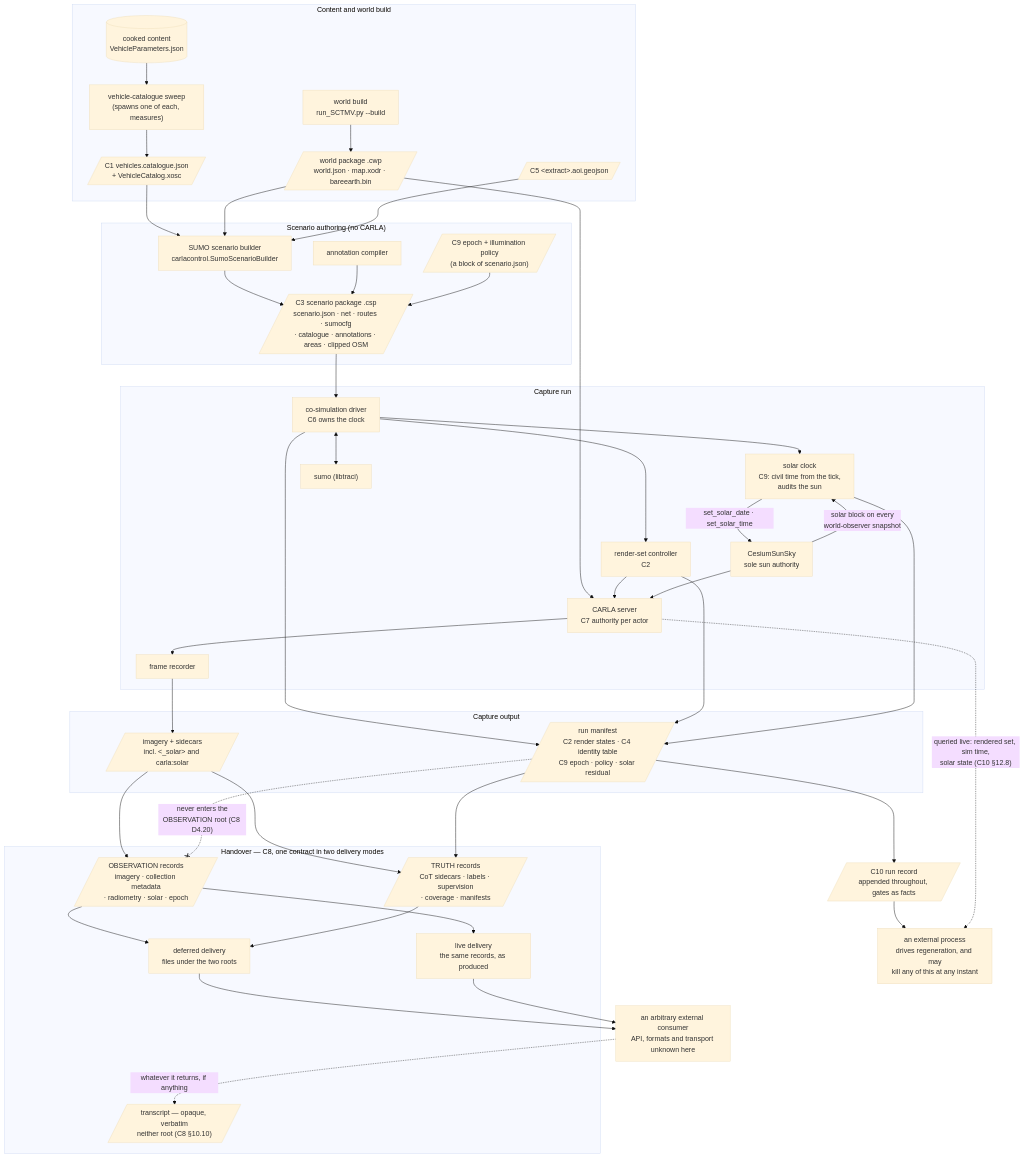
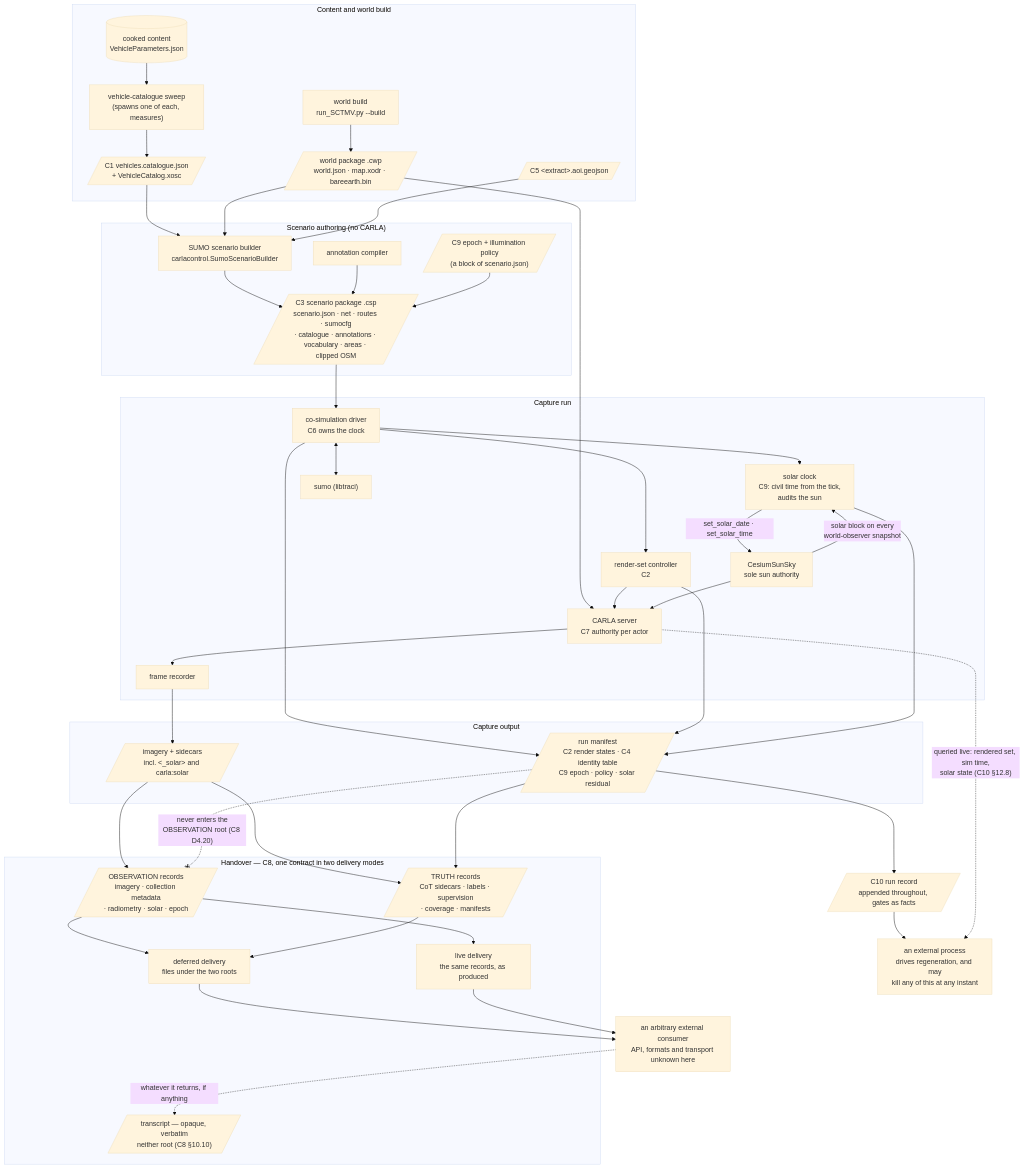
One commit to sbrett9/carla changed the first of 7 diagrams in Docs/CAT_Research/Plans/SUMO_Behavioral_Capture/04_Contracts.md. Above: the diagram before and after it, drawn with Mermaid (base theme). The commit also changed other lines of this file and 3 other files, not shown here.

````diff
--- a/Docs/CAT_Research/Plans/SUMO_Behavioral_Capture/04_Contracts.md
+++ b/Docs/CAT_Research/Plans/SUMO_Behavioral_Capture/04_Contracts.md
@@ -141,80 +142,80 @@
 ```mermaid
 flowchart TB
   subgraph build["Content and world build"]
     CONTENT[("cooked content<br/>VehicleParameters.json")]
     SWEEP["vehicle-catalogue sweep<br/>(spawns one of each, measures)"]
     CAT[/"C1 vehicles.catalogue.json<br/>+ VehicleCatalog.xosc"/]
     WORLDGEN["world build<br/>run_SCTMV.py --build"]
     CWP[/"world package .cwp<br/>world.json · map.xodr · bareearth.bin"/]
     AOI[/"C5 &lt;extract&gt;.aoi.geojson"/]
   end
 
   subgraph author["Scenario authoring (no CARLA)"]
     BUILDER["SUMO scenario builder<br/>carlacontrol.SumoScenarioBuilder"]
     ANNOT["annotation compiler"]
     EPOCH[/"C9 epoch + illumination policy<br/>(a block of scenario.json)"/]
-    CSP[/"C3 scenario package .csp<br/>scenario.json · net · routes · sumocfg<br/>· catalogue · annotations · areas · clipped OSM"/]
+    CSP[/"C3 scenario package .csp<br/>scenario.json · net · routes · sumocfg<br/>· catalogue · annotations · vocabulary · areas · clipped OSM"/]
   end
 
   subgraph run["Capture run"]
     DRIVER["co-simulation driver<br/>C6 owns the clock"]
     CLOCK["solar clock<br/>C9: civil time from the tick,<br/>audits the sun"]
     SUMO["sumo (libtraci)"]
     RSC["render-set controller<br/>C2"]
     SERVER["CARLA server<br/>C7 authority per actor"]
     SUN["CesiumSunSky<br/>sole sun authority"]
     REC["frame recorder"]
   end
 
   subgraph out["Capture output"]
     IMG[/"imagery + sidecars<br/>incl. &lt;_solar&gt; and carla:solar"/]
     MAN[/"run manifest<br/>C2 render states · C4 identity table<br/>C9 epoch · policy · solar residual"/]
   end
 
   subgraph handover["Handover — C8, one contract in two delivery modes"]
     OBSR[/"OBSERVATION records<br/>imagery · collection metadata<br/>· radiometry · solar · epoch"/]
     TRUR[/"TRUTH records<br/>CoT sidecars · labels · supervision<br/>· coverage · manifests"/]
     DEFD["deferred delivery<br/>files under the two roots"]
     LIVED["live delivery<br/>the same records, as produced"]
     TRX[/"transcript — opaque, verbatim<br/>neither root (C8 §10.10)"/]
   end
   RES[/"C10 run record<br/>appended throughout, gates as facts"/]
   EXT["an arbitrary external consumer<br/>API, formats and transport unknown here"]
   AUTO["an external process<br/>drives regeneration, and may<br/>kill any of this at any instant"]
 
   CONTENT --> SWEEP --> CAT
   WORLDGEN --> CWP
   CAT --> BUILDER
   CWP --> BUILDER
   AOI --> BUILDER
   BUILDER --> CSP
   ANNOT --> CSP
   EPOCH --> CSP
   CSP --> DRIVER
   CWP --> SERVER
   DRIVER <--> SUMO
   DRIVER --> RSC
   DRIVER --> CLOCK
   CLOCK -->|"set_solar_date · set_solar_time"| SUN
   SUN -->|"solar block on every<br/>world-observer snapshot"| CLOCK
   RSC --> SERVER
   SUN --> SERVER
   SERVER --> REC
   REC --> IMG
   DRIVER --> MAN
   RSC --> MAN
   CLOCK --> MAN
   IMG --> OBSR
   IMG --> TRUR
   MAN --> TRUR
   OBSR --> DEFD
   TRUR --> DEFD
   OBSR --> LIVED
   DEFD --> EXT
   LIVED --> EXT
   EXT -. "whatever it returns, if anything" .-> TRX
   MAN --> RES
   RES --> AUTO
   SERVER -. "queried live: rendered set, sim time,<br/>solar state (C10 §12.8)" .-> AUTO
   MAN -. "never enters the<br/>OBSERVATION root (C8 D4.20)" .-x OBSR
 ```
````
